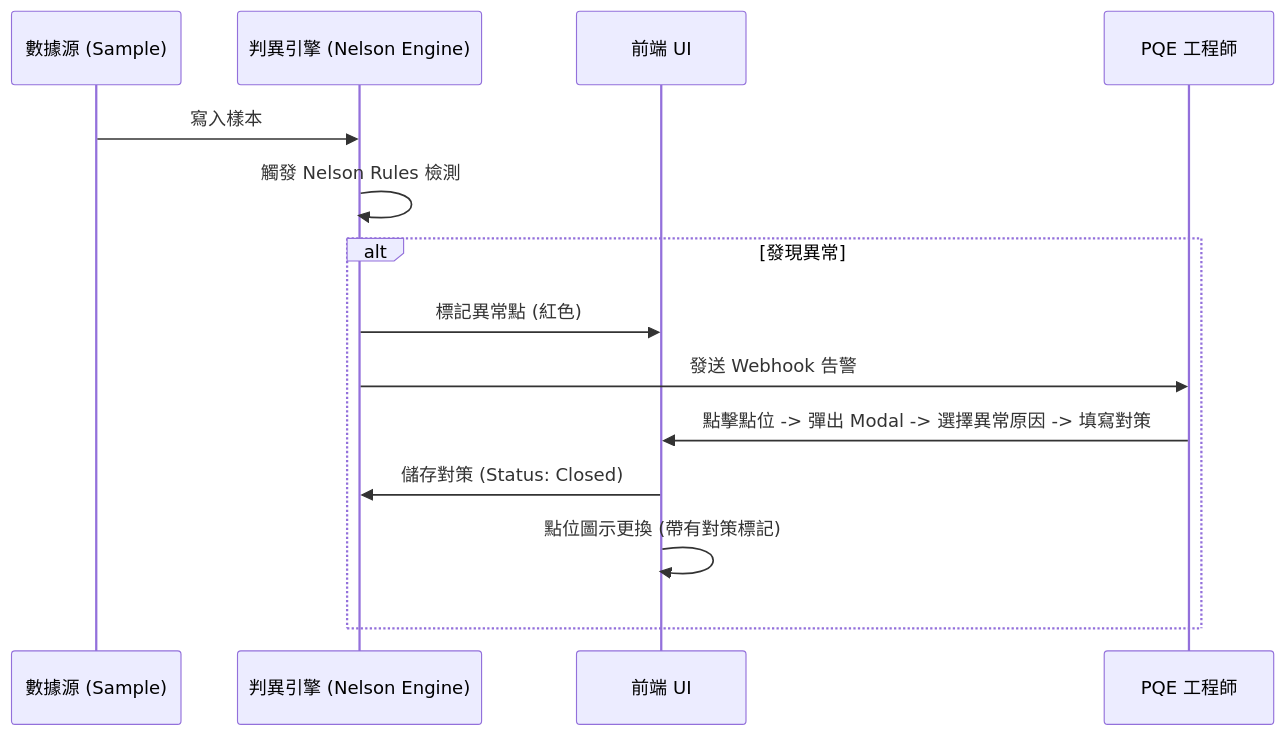
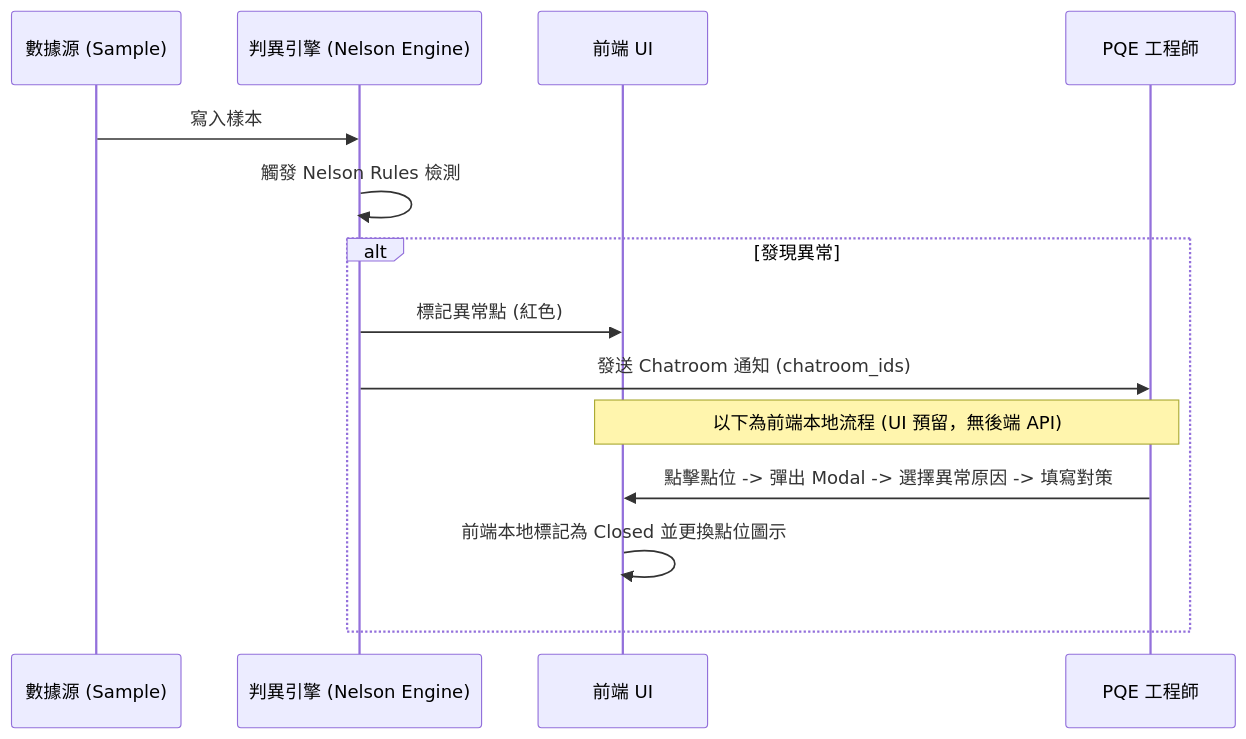
The second of 3 diagrams in docs/spc/02_FSD_功能規格書.md (henry5720/work-docs), drawn with Mermaid before and after one commit. The commit also changed other lines of this file and 7 other files, not shown here.

````diff
--- a/docs/spc/02_FSD_功能規格書.md
+++ b/docs/spc/02_FSD_功能規格書.md
@@ -80,17 +83,17 @@
 ```mermaid
 sequenceDiagram
     participant S as 數據源 (Sample)
     participant E as 判異引擎 (Nelson Engine)
     participant U as 前端 UI
     participant A as PQE 工程師
 
     S->>E: 寫入樣本
     E->>E: 觸發 Nelson Rules 檢測
     alt 發現異常
         E->>U: 標記異常點 (紅色)
-        E->>A: 發送 Webhook 告警
+        E->>A: 發送 Chatroom 通知 (chatroom_ids)
+        Note over A,U: 以下為前端本地流程 (UI 預留，無後端 API)
         A->>U: 點擊點位 -> 彈出 Modal -> 選擇異常原因 -> 填寫對策
-        U->>E: 儲存對策 (Status: Closed)
-        U->>U: 點位圖示更換 (帶有對策標記)
+        U->>U: 前端本地標記為 Closed 並更換點位圖示
     end
 ```
````
